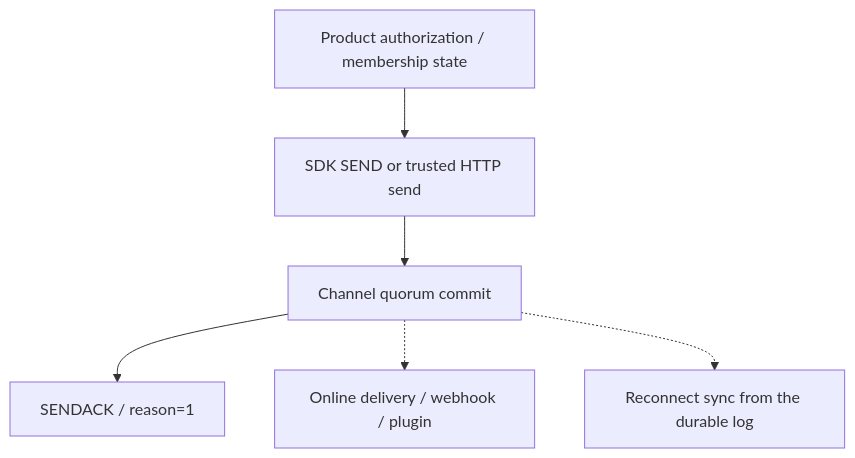
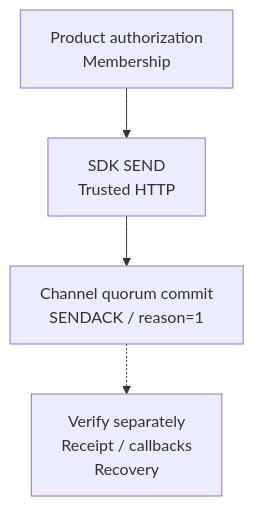
Before and after one commit to WuKongIM/WuKongIM: the diagram in docs-site/content/docs/guide/tutorials/index.en.mdx, drawn with Mermaid. The commit also changed other lines of this file and 9 other files, not shown here.

````diff
--- a/docs-site/content/docs/guide/tutorials/index.en.mdx
+++ b/docs-site/content/docs/guide/tutorials/index.en.mdx
@@ -33,7 +28,6 @@
 ```mermaid
 flowchart TD
-  Policy["Product authorization / membership state"] --> Send["SDK SEND or trusted HTTP send"]
-  Send --> Commit["Channel quorum commit"] --> Ack["SENDACK / reason=1"]
-  Commit -.-> Effects["Online delivery / webhook / plugin"]
-  Commit -.-> Recovery["Reconnect sync from the durable log"]
+  policy["Product authorization<br/>Membership"] --> send["SDK SEND<br/>Trusted HTTP"]
+  send --> commit["Channel quorum commit<br/>SENDACK / reason=1"]
+  commit -.-> effects["Verify separately<br/>Receipt / callbacks<br/>Recovery"]
 ```
````
